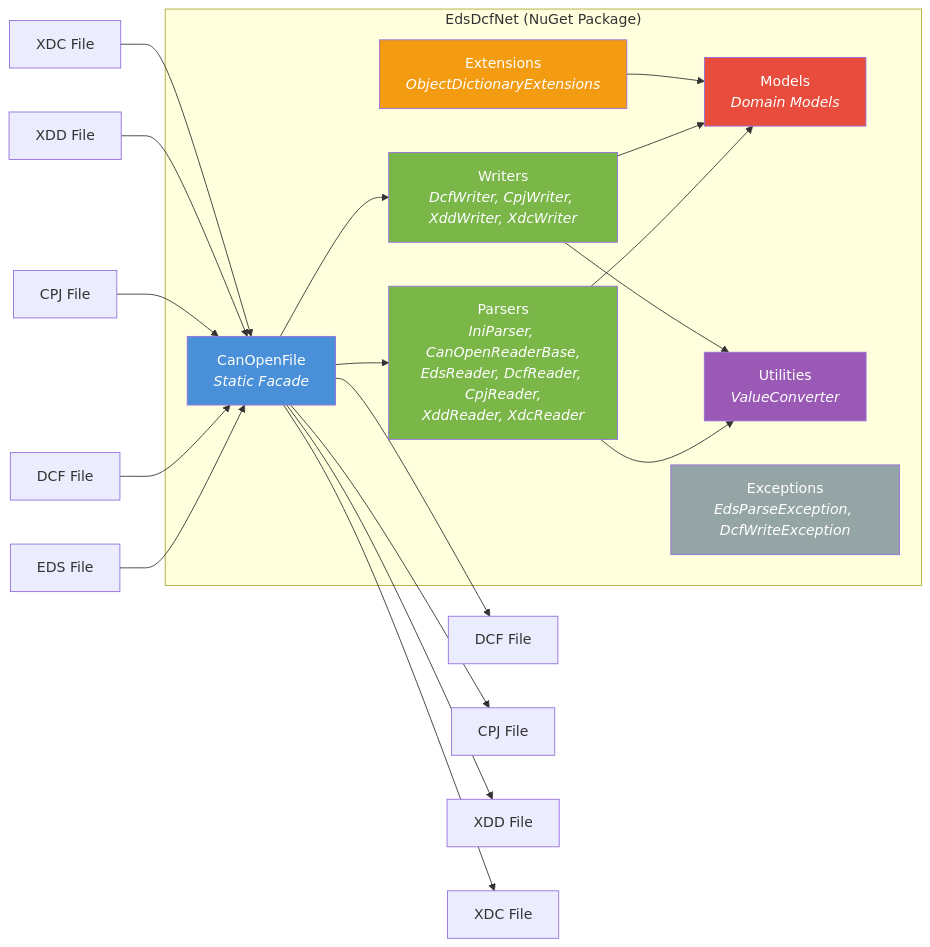
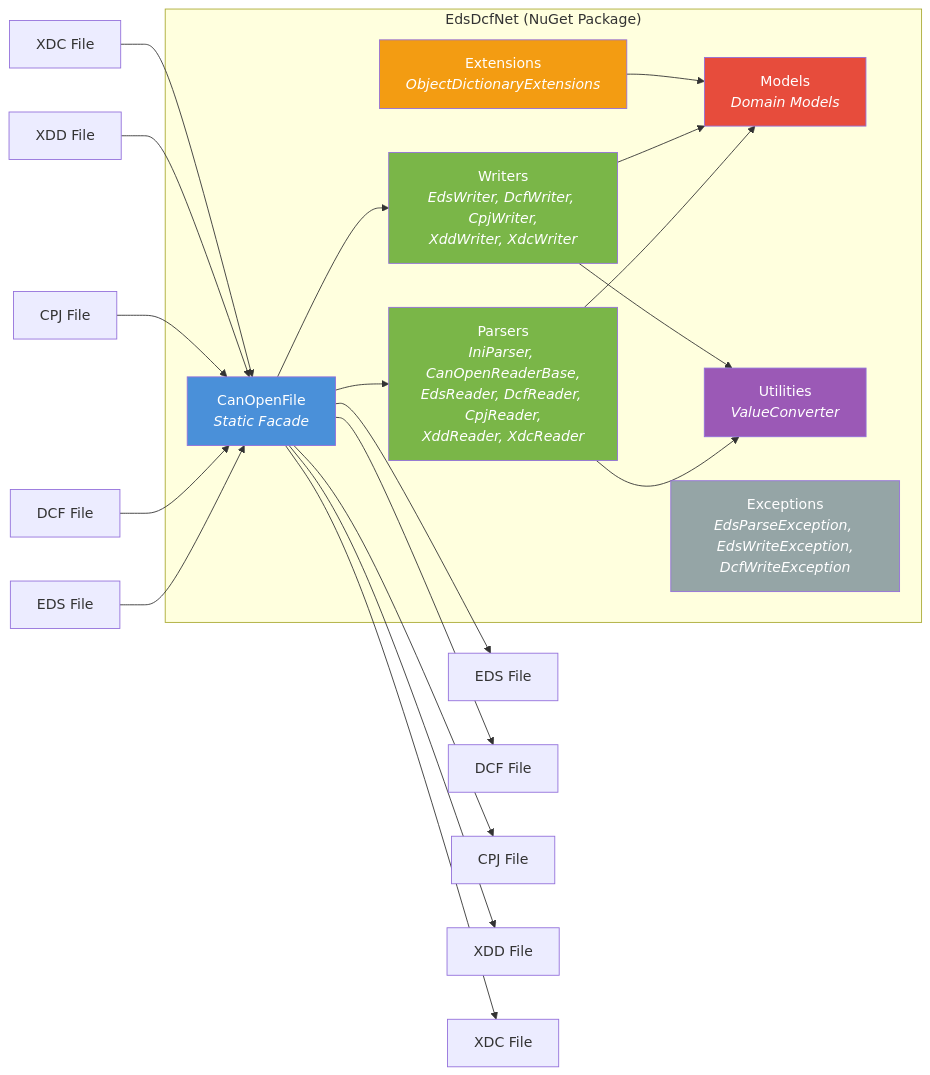
The first of 7 diagrams in docs/architecture/05-building-block-view.md (dborgards/eds-dcf-net), drawn with Mermaid before and after one commit. The commit also changed other lines of this file and 18 other files, not shown here.

First line of the commit message:
feat: add EDS writer API with tests and docs (#78)

````diff
--- a/docs/architecture/05-building-block-view.md
+++ b/docs/architecture/05-building-block-view.md
@@ -5,37 +5,38 @@
 ```mermaid
 graph LR
     subgraph EdsDcfNet ["EdsDcfNet (NuGet Package)"]
         API["CanOpenFile<br/><i>Static Facade</i>"]
         Parsers["Parsers<br/><i>IniParser, CanOpenReaderBase,<br/>EdsReader, DcfReader, CpjReader,<br/>XddReader, XdcReader</i>"]
-        Writers["Writers<br/><i>DcfWriter, CpjWriter, XddWriter, XdcWriter</i>"]
+        Writers["Writers<br/><i>EdsWriter, DcfWriter, CpjWriter,<br/>XddWriter, XdcWriter</i>"]
         Models["Models<br/><i>Domain Models</i>"]
         Utilities["Utilities<br/><i>ValueConverter</i>"]
         Extensions["Extensions<br/><i>ObjectDictionaryExtensions</i>"]
-        Exceptions["Exceptions<br/><i>EdsParseException, DcfWriteException</i>"]
+        Exceptions["Exceptions<br/><i>EdsParseException, EdsWriteException,<br/>DcfWriteException</i>"]
     end
 
     EDS["EDS File"] --> API
     DCF_In["DCF File"] --> API
     CPJ_In["CPJ File"] --> API
     XDD_In["XDD File"] --> API
     XDC_In["XDC File"] --> API
+    API --> EDS_Out["EDS File"]
     API --> DCF_Out["DCF File"]
     API --> CPJ_Out["CPJ File"]
     API --> XDD_Out["XDD File"]
     API --> XDC_Out["XDC File"]
     API --> Parsers
     API --> Writers
     Parsers --> Models
     Writers --> Models
     Parsers --> Utilities
     Writers --> Utilities
     Extensions --> Models
 
     style API fill:#4A90D9,color:#fff
     style Parsers fill:#7AB648,color:#fff
     style Writers fill:#7AB648,color:#fff
     style Models fill:#E74C3C,color:#fff
     style Utilities fill:#9B59B6,color:#fff
     style Extensions fill:#F39C12,color:#fff
     style Exceptions fill:#95A5A6,color:#fff
 ```
````
